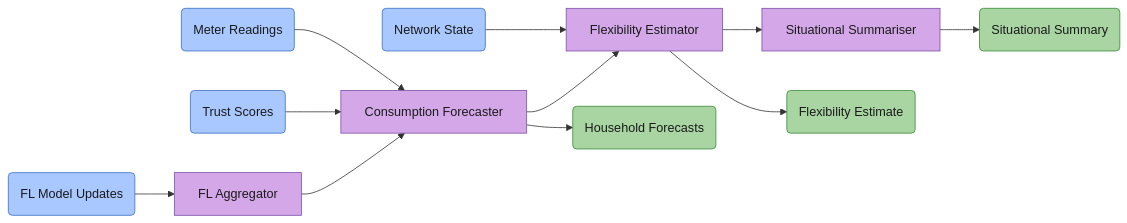
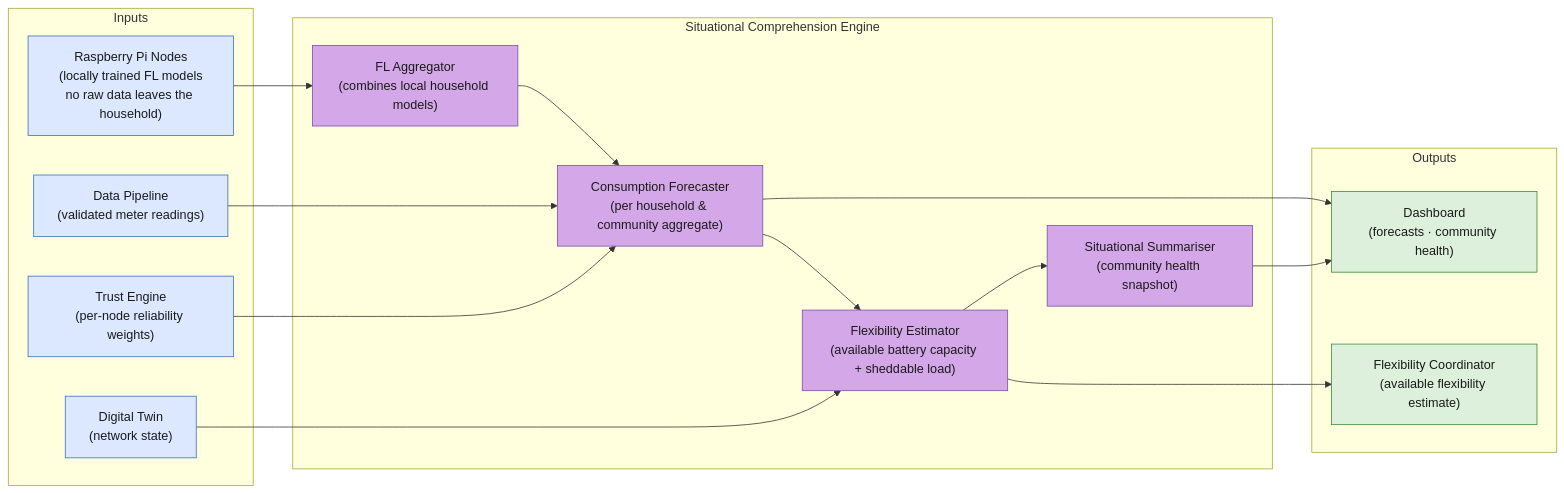
One commit to rafaeldpsilva/sa4cps-vault changed the seventh of 8 diagrams in Sa4CPS/UC4_Enabler_Diagrams.md. Above: the diagram before and after it, drawn with Mermaid. The commit also changed other lines of this file, not shown here.

````diff
--- a/Sa4CPS/UC4_Enabler_Diagrams.md
+++ b/Sa4CPS/UC4_Enabler_Diagrams.md
@@ -242,37 +285,39 @@
 ```mermaid
 flowchart LR
 
-    classDef input  fill:#a8c8ff,stroke:#3a6fc4,color:#1a1a1a
-    classDef proc   fill:#d4a8e8,stroke:#7b4fa6,color:#1a1a1a
-    classDef output fill:#a8d5a2,stroke:#3a8a3a,color:#1a1a1a
+    classDef src  fill:#dce8ff,stroke:#3a6fc4,color:#1a1a1a
+    classDef proc fill:#d4a8e8,stroke:#7b4fa6,color:#1a1a1a
+    classDef dst  fill:#dcf0dc,stroke:#3a8a3a,color:#1a1a1a
 
-    MU("FL Model Updates")
-    RR("Meter Readings")
-    NS("Network State")
-    TS("Trust Scores")
+    subgraph SRC["Inputs"]
+        RP["Raspberry Pi Nodes\n(locally trained FL models\nno raw data leaves the household)"]
+        DP["Data Pipeline\n(validated meter readings)"]
+        DT["Digital Twin\n(network state)"]
+        TE["Trust Engine\n(per-node reliability weights)"]
+    end
 
-    FLA["FL Aggregator"]
-    CF["Consumption Forecaster"]
-    FE["Flexibility Estimator"]
-    SS["Situational Summariser"]
+    subgraph EN["Situational Comprehension Engine"]
+        FLA["FL Aggregator\n(combines local household models)"]
+        CF["Consumption Forecaster\n(per household & community aggregate)"]
+        FE["Flexibility Estimator\n(available battery capacity + sheddable load)"]
+        SS["Situational Summariser\n(community health snapshot)"]
+        FLA --> CF --> FE --> SS
+    end
 
-    FLA --> CF
-    CF  --> FE
-    FE  --> SS
+    subgraph DST["Outputs"]
+        DASH["Dashboard\n(forecasts · community health)"]
+        FLC["Flexibility Coordinator\n(available flexibility estimate)"]
+    end
 
-    HF("Household Forecasts")
-    FEO("Flexibility Estimate")
-    SUM("Situational Summary")
+    RP --> FLA
+    DP --> CF
+    TE --> CF
+    DT --> FE
+    CF --> DASH
+    SS --> DASH
+    FE --> FLC
 
-    MU --> FLA
-    RR --> CF
-    TS --> CF
-    NS --> FE
-    CF --> HF
-    FE --> FEO
-    SS --> SUM
-
-    class MU,RR,NS,TS input
+    class RP,DP,DT,TE src
     class FLA,CF,FE,SS proc
-    class HF,FEO,SUM output
+    class DASH,FLC dst
 ```
````
